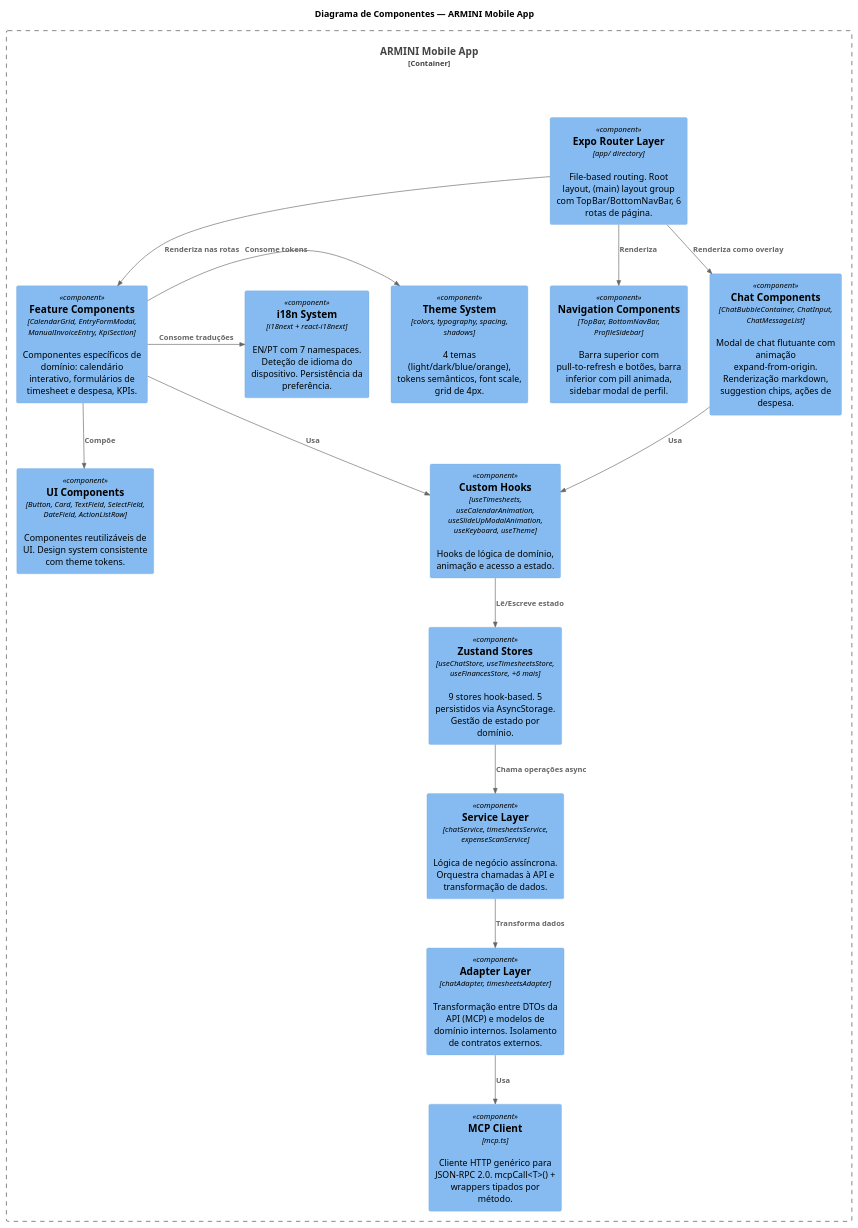
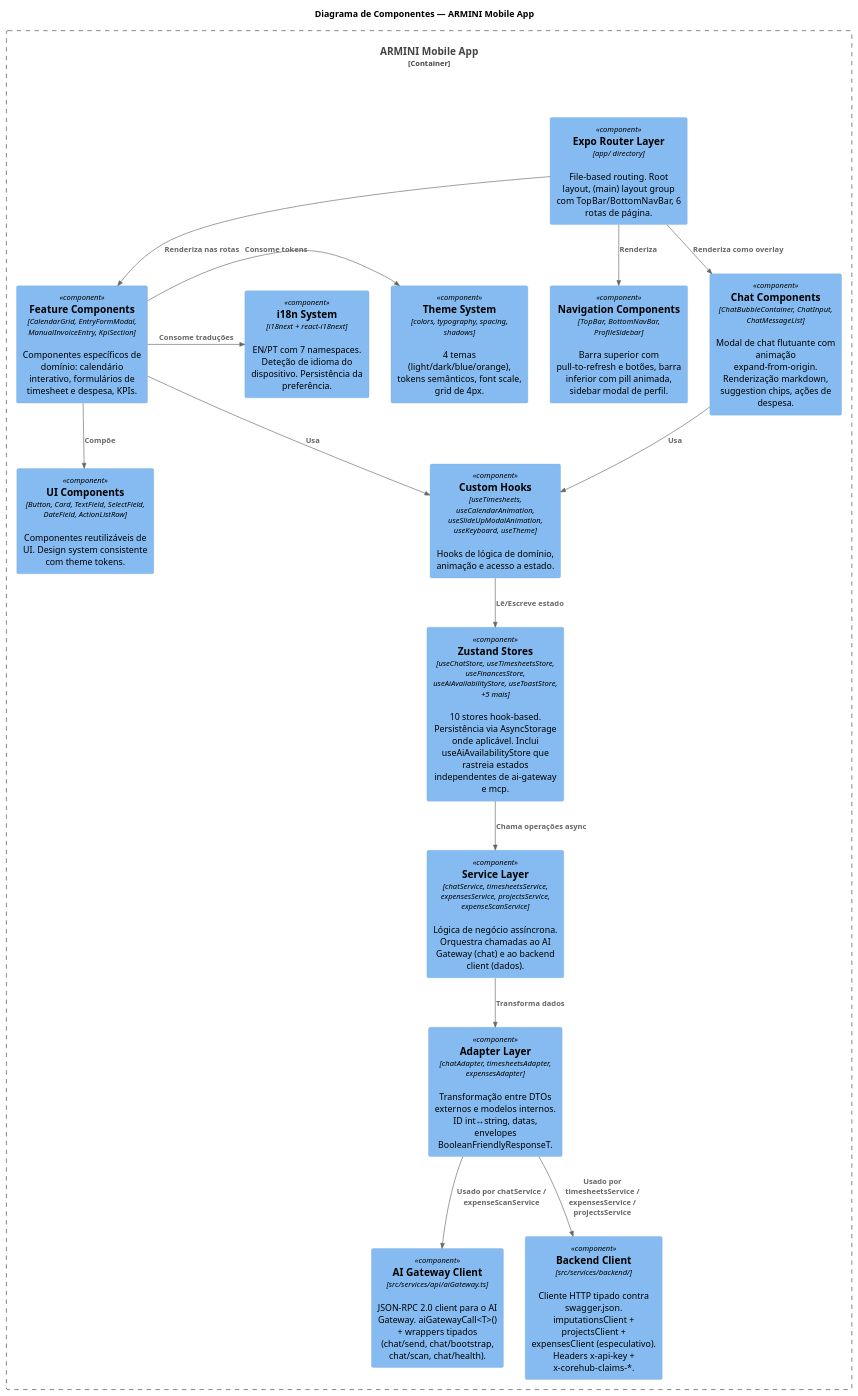
One commit to gabsilva17/projeto-armis changed the third of 14 diagrams in armini/docs/architecture.md. Above: the diagram before and after it, drawn with PlantUML. The commit also changed other lines of this file and 5 other files, not shown here.

````diff
--- a/armini/docs/architecture.md
+++ b/armini/docs/architecture.md
@@ -124,48 +139,51 @@
 ```plantuml
 @startuml C4_Components_Mobile
 !include https://raw.githubusercontent.com/plantuml-stdlib/C4-PlantUML/master/C4_Component.puml
 
 title Diagrama de Componentes — ARMINI Mobile App
 
 Container_Boundary(mobileApp, "ARMINI Mobile App") {
 
     Component(routerLayer, "Expo Router Layer", "app/ directory", "File-based routing. Root layout, (main) layout group com TopBar/BottomNavBar, 6 rotas de página.")
 
     Component(navigationComponents, "Navigation Components", "TopBar, BottomNavBar, ProfileSidebar", "Barra superior com pull-to-refresh e botões, barra inferior com pill animada, sidebar modal de perfil.")
 
     Component(chatComponents, "Chat Components", "ChatBubbleContainer, ChatInput, ChatMessageList", "Modal de chat flutuante com animação expand-from-origin. Renderização markdown, suggestion chips, ações de despesa.")
 
     Component(featureComponents, "Feature Components", "CalendarGrid, EntryFormModal, ManualInvoiceEntry, KpiSection", "Componentes específicos de domínio: calendário interativo, formulários de timesheet e despesa, KPIs.")
 
     Component(uiComponents, "UI Components", "Button, Card, TextField, SelectField, DateField, ActionListRow", "Componentes reutilizáveis de UI. Design system consistente com theme tokens.")
 
     Component(hooks, "Custom Hooks", "useTimesheets, useCalendarAnimation, useSlideUpModalAnimation, useKeyboard, useTheme", "Hooks de lógica de domínio, animação e acesso a estado.")
 
-    Component(stores, "Zustand Stores", "useChatStore, useTimesheetsStore, useFinancesStore, +6 mais", "9 stores hook-based. 5 persistidos via AsyncStorage. Gestão de estado por domínio.")
+    Component(stores, "Zustand Stores", "useChatStore, useTimesheetsStore, useFinancesStore, useAiAvailabilityStore, useToastStore, +5 mais", "10 stores hook-based. Persistência via AsyncStorage onde aplicável. Inclui useAiAvailabilityStore que rastreia estados independentes de ai-gateway e mcp.")
 
-    Component(services, "Service Layer", "chatService, timesheetsService, expenseScanService", "Lógica de negócio assíncrona. Orquestra chamadas à API e transformação de dados.")
+    Component(services, "Service Layer", "chatService, timesheetsService, expensesService, projectsService, expenseScanService", "Lógica de negócio assíncrona. Orquestra chamadas ao AI Gateway (chat) e ao backend client (dados).")
 
-    Component(adapters, "Adapter Layer", "chatAdapter, timesheetsAdapter", "Transformação entre DTOs da API (MCP) e modelos de domínio internos. Isolamento de contratos externos.")
+    Component(adapters, "Adapter Layer", "chatAdapter, timesheetsAdapter, expensesAdapter", "Transformação entre DTOs externos e modelos internos. ID int↔string, datas, envelopes BooleanFriendlyResponseT.")
 
-    Component(apiClient, "MCP Client", "mcp.ts", "Cliente HTTP genérico para JSON-RPC 2.0. mcpCall<T>() + wrappers tipados por método.")
+    Component(aiGatewayClient, "AI Gateway Client", "src/services/api/aiGateway.ts", "JSON-RPC 2.0 client para o AI Gateway. aiGatewayCall<T>() + wrappers tipados (chat/send, chat/bootstrap, chat/scan, chat/health).")
+
+    Component(backendClient, "Backend Client", "src/services/backend/", "Cliente HTTP tipado contra swagger.json. imputationsClient + projectsClient + expensesClient (especulativo). Headers x-api-key + x-corehub-claims-*.")
 
     Component(theme, "Theme System", "colors, typography, spacing, shadows", "4 temas (light/dark/blue/orange), tokens semânticos, font scale, grid de 4px.")
 
     Component(i18n, "i18n System", "i18next + react-i18next", "EN/PT com 7 namespaces. Deteção de idioma do dispositivo. Persistência da preferência.")
 }
 
 Rel(routerLayer, navigationComponents, "Renderiza")
 Rel(routerLayer, featureComponents, "Renderiza nas rotas")
 Rel(routerLayer, chatComponents, "Renderiza como overlay")
 Rel(featureComponents, uiComponents, "Compõe")
 Rel(featureComponents, hooks, "Usa")
 Rel(chatComponents, hooks, "Usa")
 Rel(hooks, stores, "Lê/Escreve estado")
 Rel(stores, services, "Chama operações async")
 Rel(services, adapters, "Transforma dados")
-Rel(adapters, apiClient, "Usa")
+Rel(adapters, aiGatewayClient, "Usado por chatService / expenseScanService")
+Rel(adapters, backendClient, "Usado por timesheetsService / expensesService / projectsService")
 Rel_R(featureComponents, theme, "Consome tokens")
 Rel_R(featureComponents, i18n, "Consome traduções")
 
 @enduml
 ```
````
